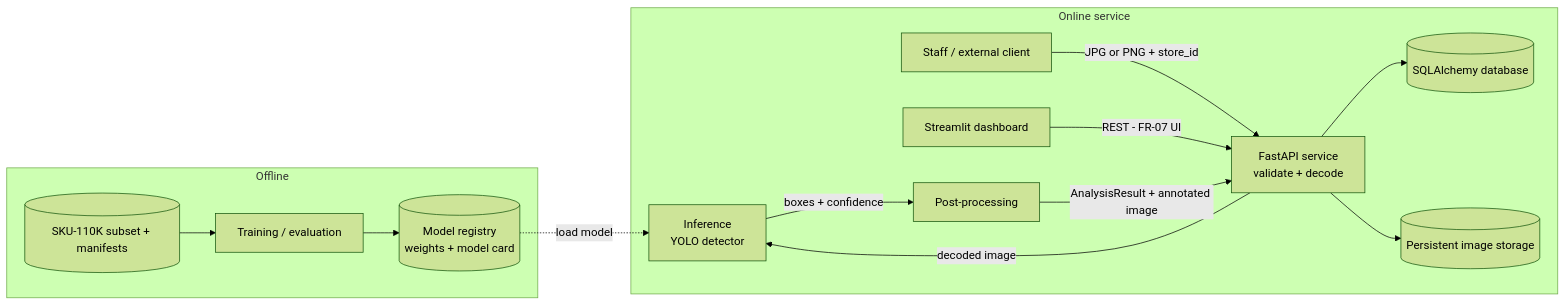
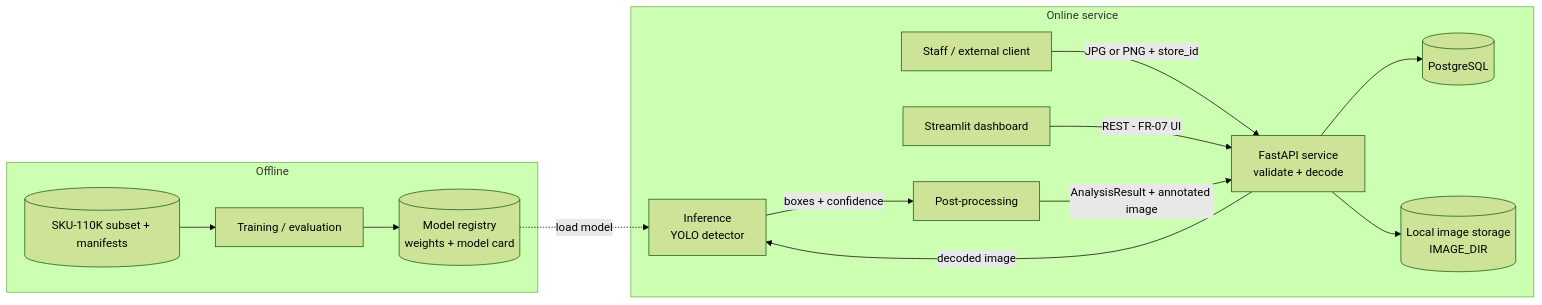
One commit to mliotlab/task_grp_intern261 changed the first of 5 diagrams in retail-shelf-monitoring/docs/DESIGN.md. Above: the diagram before and after it, drawn with Mermaid (forest theme). The commit also changed other lines of this file and 3 other files, not shown here.

````diff
--- a/retail-shelf-monitoring/docs/DESIGN.md
+++ b/retail-shelf-monitoring/docs/DESIGN.md
@@ -27,19 +28,19 @@
 ```mermaid
 flowchart LR
   subgraph OFFLINE[Offline]
     Dataset[(SKU-110K subset + manifests)] --> Training[Training / evaluation]
     Training --> Registry[(Model registry<br/>weights + model card)]
   end
 
   subgraph ONLINE[Online service]
     Client[Staff / external client] -->|JPG or PNG + store_id| API[FastAPI service<br/>validate + decode]
     Dashboard[Streamlit dashboard] -->|REST - FR-07 UI| API
     API -->|decoded image| Inf[Inference<br/>YOLO detector]
     Inf -->|boxes + confidence| Post[Post-processing]
     Post -->|AnalysisResult + annotated image| API
-    API --> DB[(SQLAlchemy database)]
-    API --> Files[(Persistent image storage)]
+    API --> DB[(PostgreSQL)]
+    API --> Files[(Local image storage<br/>IMAGE_DIR)]
   end
 
   Registry -.->|load model| Inf
 ```
````
